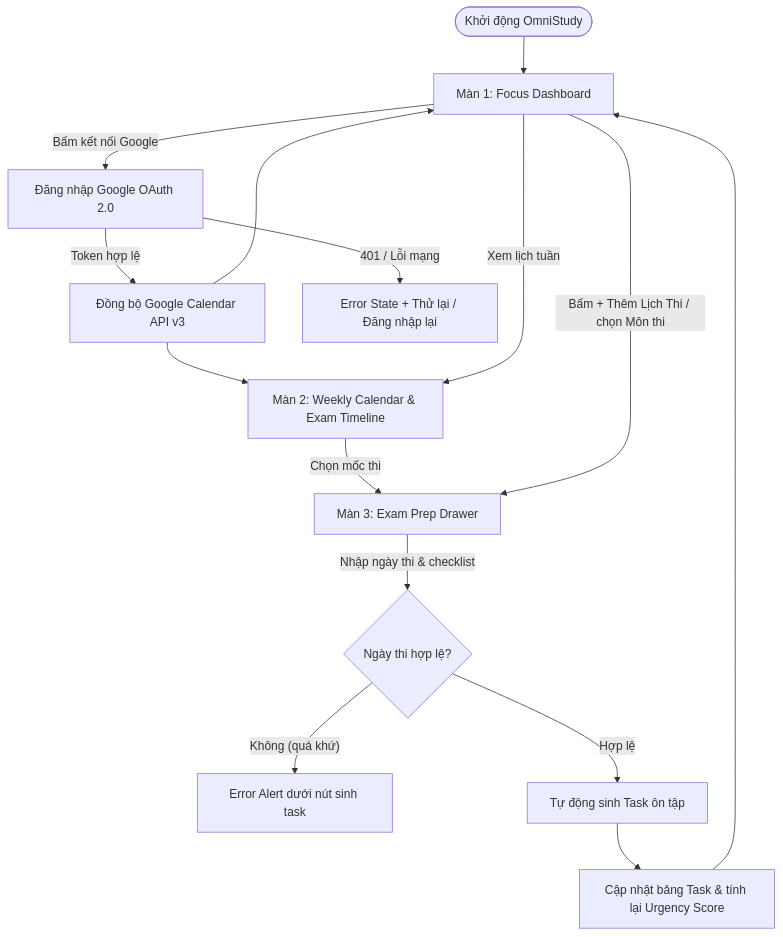
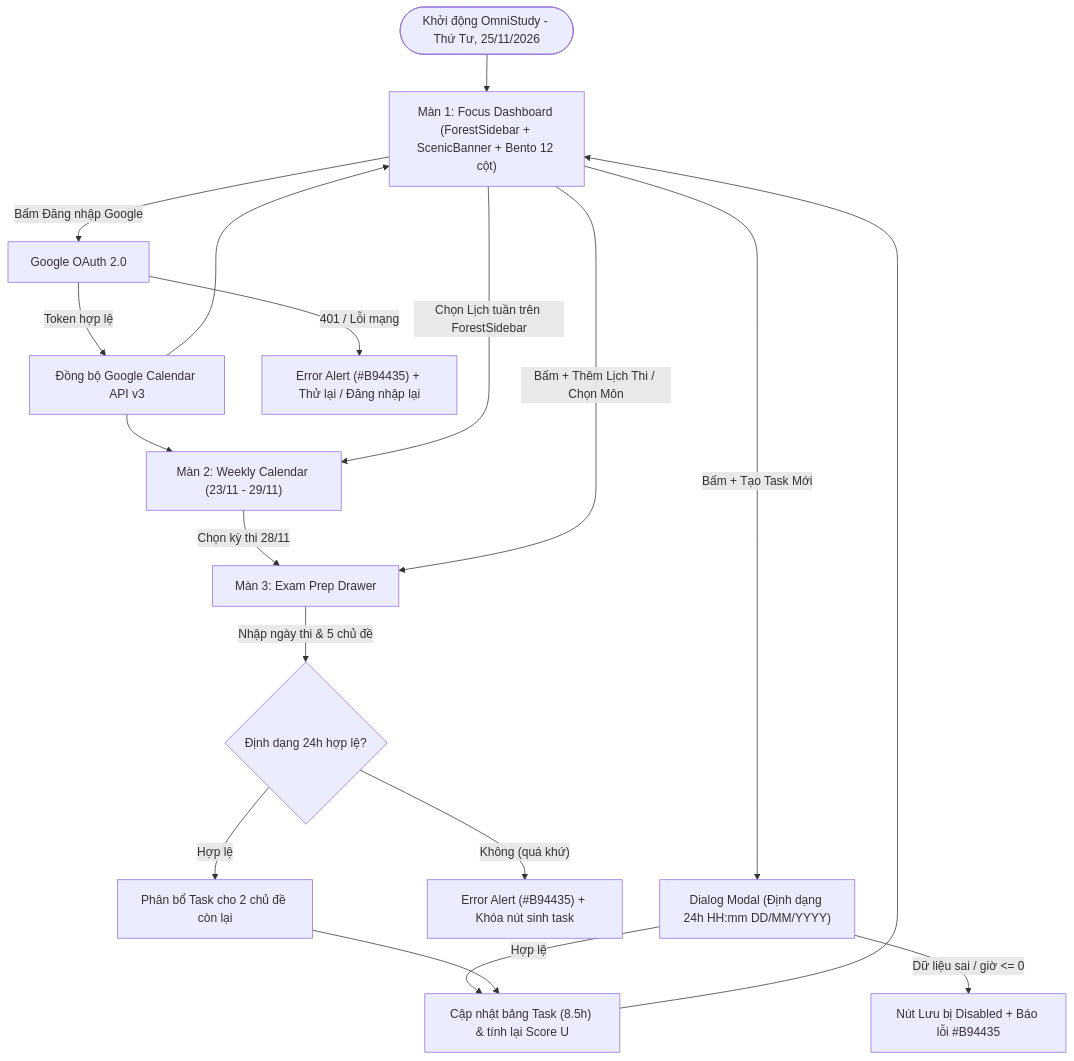
One commit to NgQKhanh2906/ProPTIT-TeamWeb-FE-OmniStudy changed the diagram in docs/wireframes.md. Above: the diagram before and after it, drawn with Mermaid. The commit also changed other lines of this file and 43 other files, not shown here.

````diff
--- a/docs/wireframes.md
+++ b/docs/wireframes.md
@@ -11,17 +35,20 @@
 ```mermaid
 flowchart TD
-    Start(["Khởi động OmniStudy"]) --> M1["Màn 1: Focus Dashboard"]
-    M1 -->|"Bấm kết nối Google"| OAuth["Đăng nhập Google OAuth 2.0"]
+    Start(["Khởi động OmniStudy - Thứ Tư, 25/11/2026"]) --> M1["Màn 1: Focus Dashboard (ForestSidebar + ScenicBanner + Bento 12 cột)"]
+    M1 -->|"Bấm Đăng nhập Google"| OAuth["Google OAuth 2.0"]
     OAuth -->|"Token hợp lệ"| Sync["Đồng bộ Google Calendar API v3"]
-    OAuth -->|"401 / Lỗi mạng"| ErrAuth["Error State + Thử lại / Đăng nhập lại"]
+    OAuth -->|"401 / Lỗi mạng"| ErrAuth["Error Alert (#B94435) + Thử lại / Đăng nhập lại"]
     Sync --> M1
-    Sync --> M2["Màn 2: Weekly Calendar & Exam Timeline"]
-    M1 -->|"Xem lịch tuần"| M2
-    M2 -->|"Chọn mốc thi"| M3["Màn 3: Exam Prep Drawer"]
-    M1 -->|"Bấm + Thêm Lịch Thi / chọn Môn thi"| M3
-    M3 -->|"Nhập ngày thi & checklist"| Validate{"Ngày thi hợp lệ?"}
-    Validate -->|"Không (quá khứ)"| ErrExam["Error Alert dưới nút sinh task"]
-    Validate -->|"Hợp lệ"| Gen["Tự động sinh Task ôn tập"]
-    Gen --> Update["Cập nhật bảng Task & tính lại Urgency Score"]
+    Sync --> M2["Màn 2: Weekly Calendar (23/11 - 29/11)"]
+    M1 -->|"Chọn Lịch tuần trên ForestSidebar"| M2
+    M2 -->|"Chọn kỳ thi 28/11"| M3["Màn 3: Exam Prep Drawer"]
+    M1 -->|"Bấm + Thêm Lịch Thi / Chọn Môn"| M3
+    M1 -->|"Bấm + Tạo Task Mới"| Modal["Dialog Modal (Định dạng 24h HH:mm DD/MM/YYYY)"]
+    Modal -->|"Dữ liệu sai / giờ <= 0"| Disabled["Nút Lưu bị Disabled + Báo lỗi #B94435"]
+    Modal -->|"Hợp lệ"| Update["Cập nhật bảng Task (8.5h) & tính lại Score U"]
+    M3 -->|"Nhập ngày thi & 5 chủ đề"| Validate{"Định dạng 24h hợp lệ?"}
+    Validate -->|"Không (quá khứ)"| ErrExam["Error Alert (#B94435) + Khóa nút sinh task"]
+    Validate -->|"Hợp lệ"| Gen["Phân bổ Task cho 2 chủ đề còn lại"]
+    Gen --> Update
     Update --> M1
 ```
````
